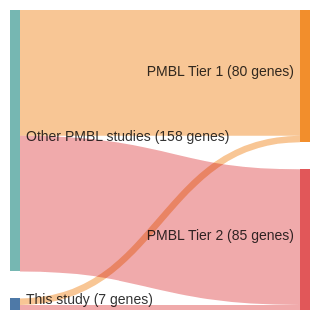
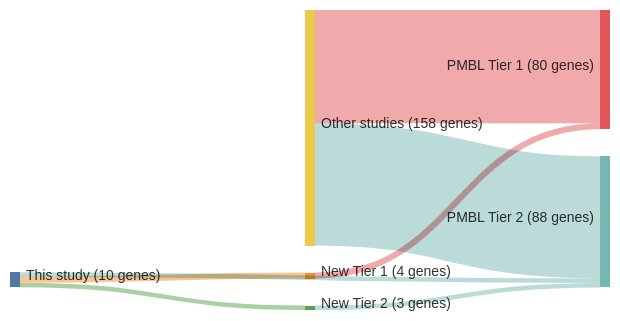
Before and after one commit to morinlab/lymphopedia: the diagram in papers/wienandGenomicAnalysesFlowsorted2019b.md, drawn with Mermaid. The commit also changed 82 other files, not shown here.

````diff
--- a/papers/wienandGenomicAnalysesFlowsorted2019b.md
+++ b/papers/wienandGenomicAnalysesFlowsorted2019b.md
@@ -12,18 +12,21 @@
 ```mermaid
 ---
 config:
     sankey:
         showValues: true
         linkColor: target
-        width: 300
+        width: 600
         height: 300
         nodeAlignment: right
         prefix: '('
         suffix: ' genes)'
 ---
 sankey-beta
-This study, PMBL Tier 1, 4
+This study, New Tier 1, 4
+New Tier 1, PMBL Tier 1, 4
 This study, PMBL Tier 2, 3
-Other PMBL studies, PMBL Tier 1, 76
-Other PMBL studies, PMBL Tier 2, 82
+This study, New Tier 2, 3
+New Tier 2, PMBL Tier 2, 3
+Other studies, PMBL Tier 1, 76
+Other studies, PMBL Tier 2, 82
 ```
````
